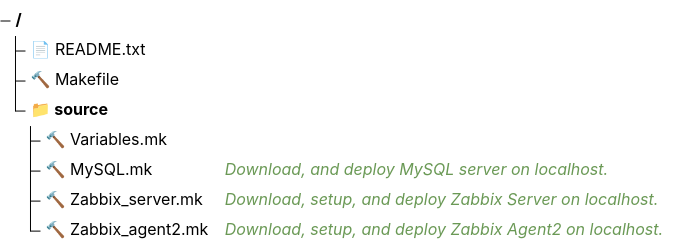
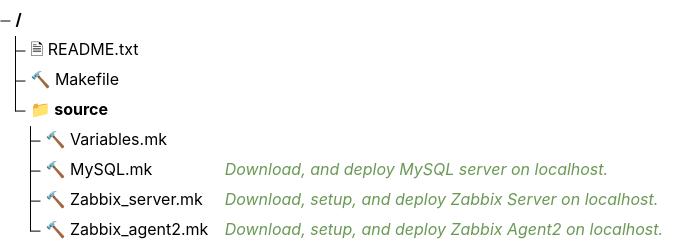
Before and after one commit to Zai4ikManiak/Cyber-Security-Study: the diagram in README.md, drawn with Mermaid.

Commit message:
modified:   README.md

````diff
--- a/README.md
+++ b/README.md
@@ -2,16 +2,16 @@
 ```mermaid
 ---
 config:
     treeView:
         showIcons: false
         defaultIconPack: material-icon-theme
 ---
 treeView-beta
-    📄 README.txt
+    🗎 README.txt
     🔨 Makefile
     📁 source/ 
         🔨 Variables.mk
         🔨 MySQL.mk ## Download, and deploy MySQL server on localhost.
         🔨 Zabbix_server.mk ## Download, setup, and deploy Zabbix Server on localhost.
         🔨 Zabbix_agent2.mk ## Download, setup, and deploy Zabbix Agent2 on localhost.
 ```
````
